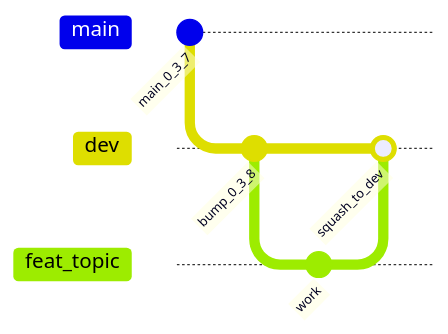
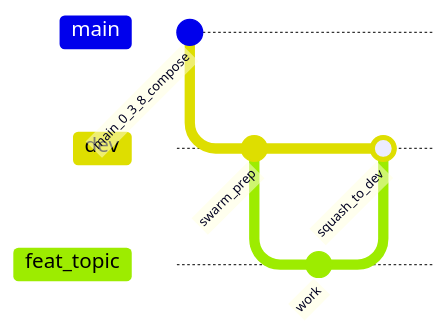
The diagram in .github/BRANCHING.md (ConsciousEnergy/lenr_sim_app), drawn with Mermaid before and after one commit. The commit also changed other lines of this file and 6 other files, not shown here.

First line of the commit message:
docs: mark main as v0.3.8-beta Compose share (no Swarm cutover)

````diff
--- a/.github/BRANCHING.md
+++ b/.github/BRANCHING.md
@@ -35,10 +36,10 @@
 ```mermaid
 gitGraph
-  commit id: "main_0_3_7"
+  commit id: "main_0_3_8_compose"
   branch dev
-  commit id: "bump_0_3_8"
+  commit id: "swarm_prep"
   branch feat_topic
   commit id: "work"
   checkout dev
   merge feat_topic id: "squash_to_dev"
 ```
````
